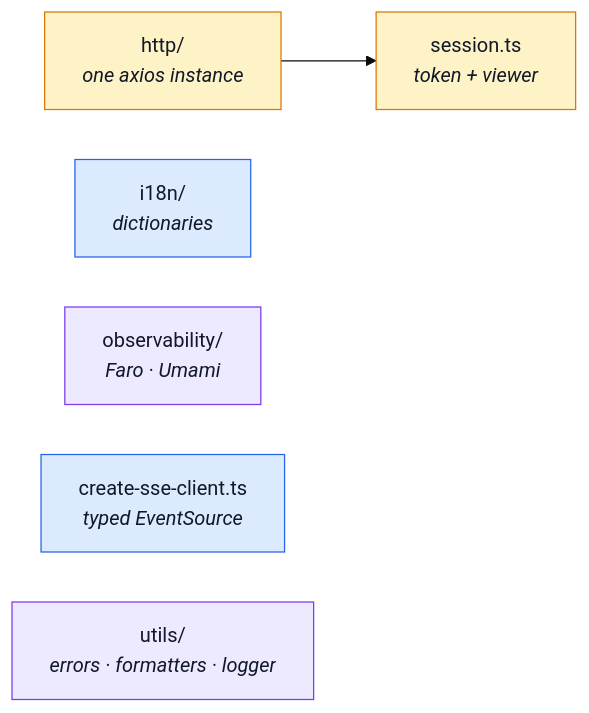
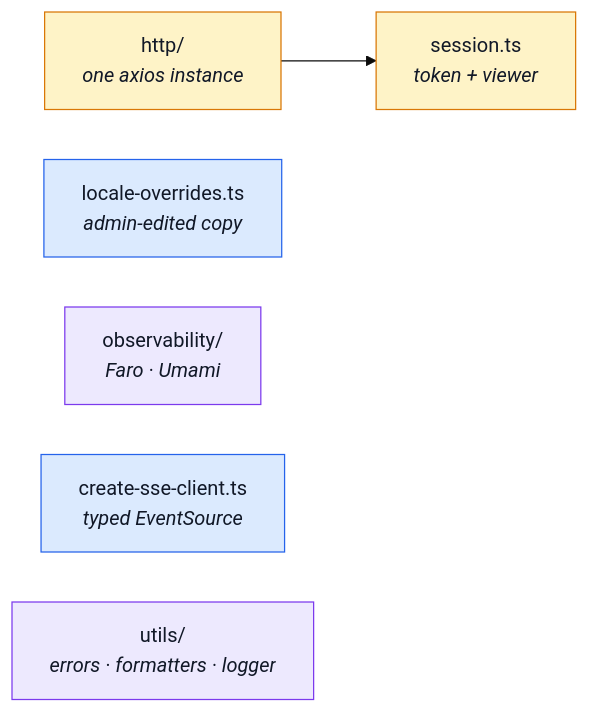
Before and after one commit to Guebbit/boilerplate-vue-frontend: the diagram in docs/reference/src-infrastructure.md, drawn with Mermaid (base theme). The commit also changed other lines of this file and 163 other files, not shown here.

````diff
--- a/docs/reference/src-infrastructure.md
+++ b/docs/reference/src-infrastructure.md
@@ -17,16 +17,16 @@
 ```mermaid
 %%{init: {'flowchart': {'nodeSpacing': 40, 'rankSpacing': 50}}}%%
 flowchart LR
     Http["http/<br/><i>one axios instance</i>"] --> Session["session.ts<br/><i>token + viewer</i>"]
-    I18n["i18n/<br/><i>dictionaries</i>"]
+    LocaleOverrides["locale-overrides.ts<br/><i>admin-edited copy</i>"]
     Obs["observability/<br/><i>Faro · Umami</i>"]
     Sse["create-sse-client.ts<br/><i>typed EventSource</i>"]
     Utils["utils/<br/><i>errors · formatters · logger</i>"]
 
     classDef a fill:#fef3c7,stroke:#d97706,color:#111827;
     classDef b fill:#dbeafe,stroke:#2563eb,color:#111827;
     classDef c fill:#ede9fe,stroke:#7c3aed,color:#111827;
     class Http,Session a;
-    class I18n,Sse b;
+    class LocaleOverrides,Sse b;
     class Obs,Utils c;
 ```
````
